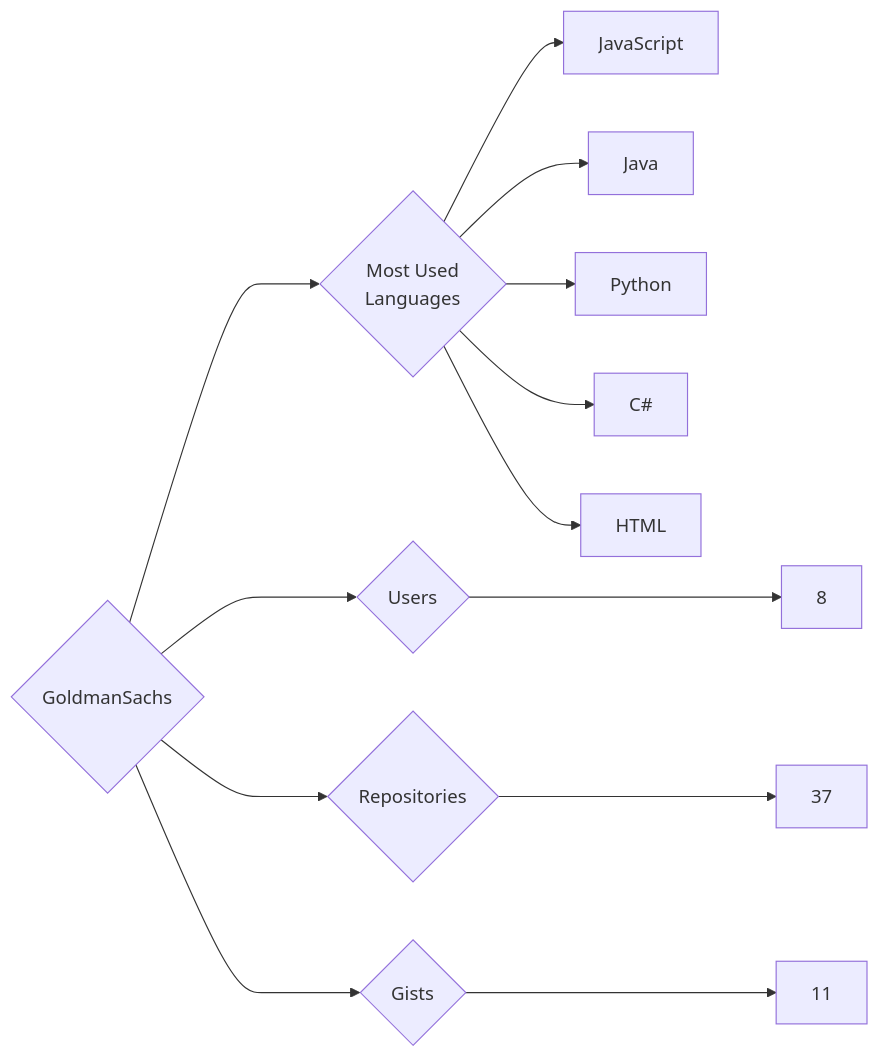
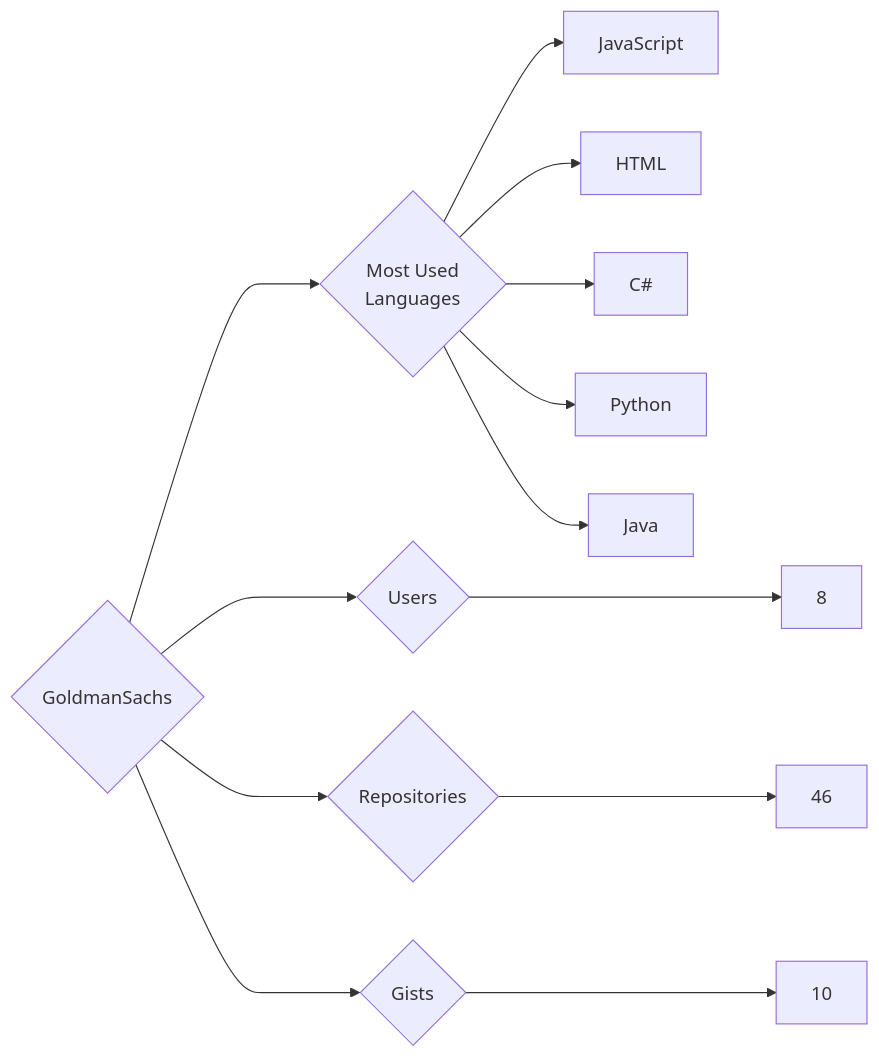
The diagram in targets/GoldmanSachs/README.md (trickest/insiders), drawn with Mermaid before and after one commit. The commit also changed 985 other files, not shown here.

````diff
--- a/targets/GoldmanSachs/README.md
+++ b/targets/GoldmanSachs/README.md
@@ -3,13 +3,13 @@
 ```mermaid
 graph LR
 COMPANY_NAME{GoldmanSachs}
 COMPANY_NAME ---> U{Users} ---> UN[8]
-COMPANY_NAME ---> R{Repositories} ---> RN[37]
-COMPANY_NAME ---> G{Gists} ---> GN[11]
+COMPANY_NAME ---> R{Repositories} ---> RN[46]
+COMPANY_NAME ---> G{Gists} ---> GN[10]
 COMPANY_NAME ---> ML{Most Used<br>Languages}
 ML --> JavaScript[JavaScript]
+ML --> HTML[HTML]
+ML --> C#[C#]
+ML --> Python[Python]
 ML --> Java[Java]
-ML --> Python[Python]
-ML --> C#[C#]
-ML --> HTML[HTML]
 ```
````
